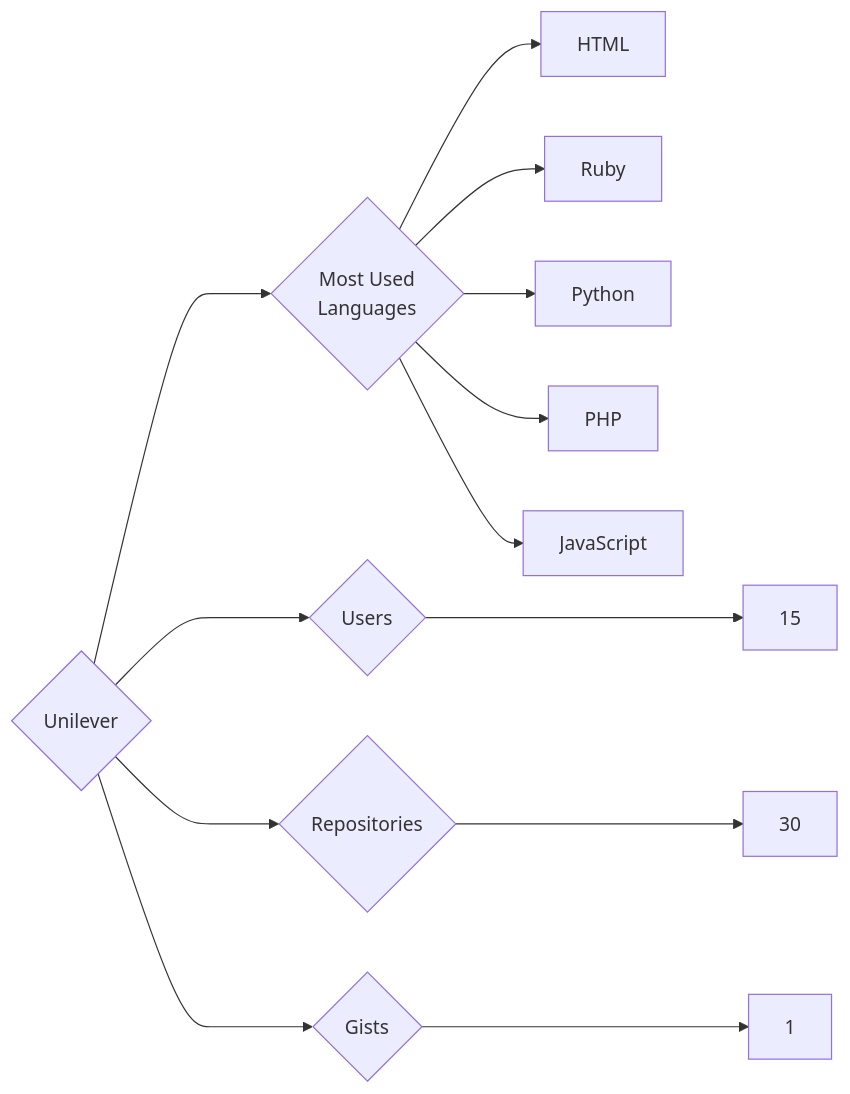
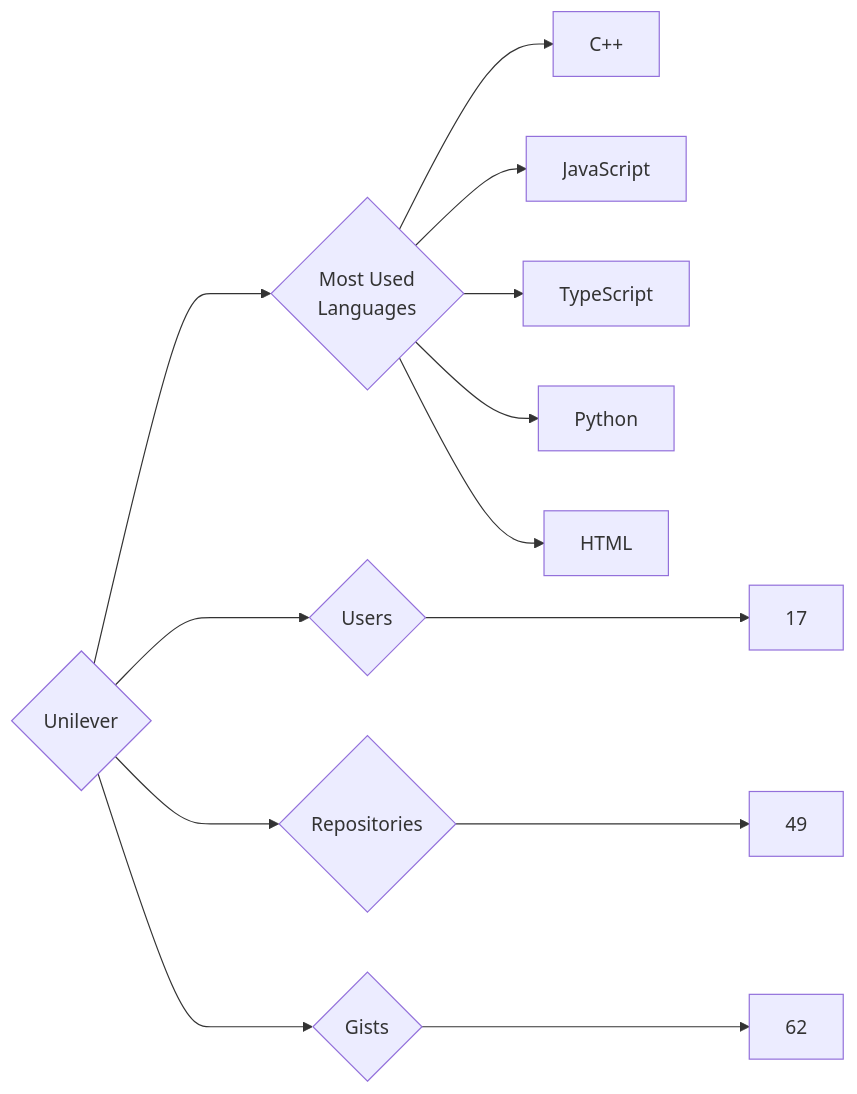
One commit to trickest/insiders changed the diagram in targets/Unilever/README.md. Above: the diagram before and after it, drawn with Mermaid. The commit also changed 912 other files, not shown here.

````diff
--- a/targets/Unilever/README.md
+++ b/targets/Unilever/README.md
@@ -3,13 +3,13 @@
 ```mermaid
 graph LR
 COMPANY_NAME{Unilever}
-COMPANY_NAME ---> U{Users} ---> UN[15]
-COMPANY_NAME ---> R{Repositories} ---> RN[30]
-COMPANY_NAME ---> G{Gists} ---> GN[1]
+COMPANY_NAME ---> U{Users} ---> UN[17]
+COMPANY_NAME ---> R{Repositories} ---> RN[49]
+COMPANY_NAME ---> G{Gists} ---> GN[62]
 COMPANY_NAME ---> ML{Most Used<br>Languages}
+ML --> C++[C++]
+ML --> JavaScript[JavaScript]
+ML --> TypeScript[TypeScript]
+ML --> Python[Python]
 ML --> HTML[HTML]
-ML --> Ruby[Ruby]
-ML --> Python[Python]
-ML --> PHP[PHP]
-ML --> JavaScript[JavaScript]
 ```
````
